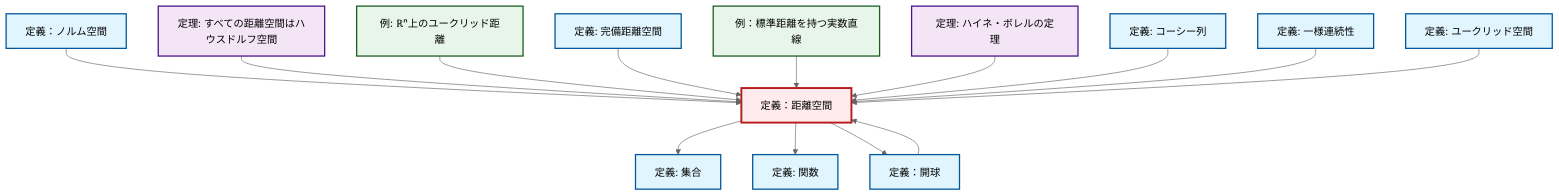
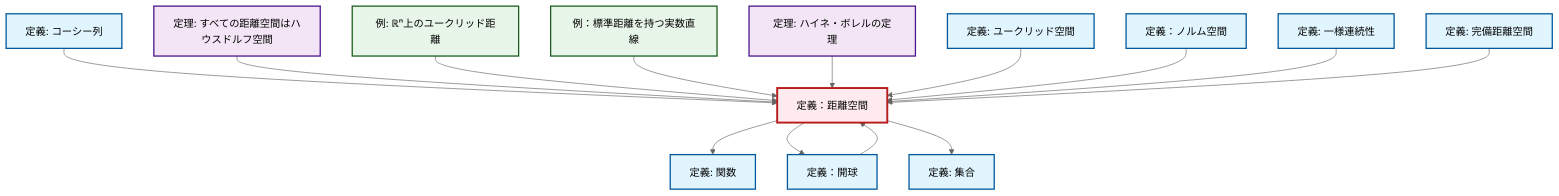
The diagram in content/ja/analysis/def-metric-space.qmd (RK0429/ModernMath), drawn with Mermaid (neutral theme) before and after one commit. The commit also changed 672 other files, not shown here.

````diff
--- a/content/ja/analysis/def-metric-space.qmd
+++ b/content/ja/analysis/def-metric-space.qmd
@@ -54,48 +54,48 @@
 ```{mermaid}
-%%| fig-cap: "Local dependency graph"
+%%| fig-cap: "ローカル依存関係グラフ"
 graph TD
     classDef definition fill:#e1f5fe,stroke:#01579b,stroke-width:2px
     classDef theorem fill:#f3e5f5,stroke:#4a148c,stroke-width:2px
     classDef axiom fill:#fff3e0,stroke:#e65100,stroke-width:2px
     classDef example fill:#e8f5e9,stroke:#1b5e20,stroke-width:2px
     classDef current fill:#ffebee,stroke:#b71c1c,stroke-width:3px
+    def-set["定義: 集合"]:::definition
+    def-cauchy-sequence["定義: コーシー列"]:::definition
+    def-uniform-continuity["定義: 一様連続性"]:::definition
+    ex-real-line-metric["例：標準距離を持つ実数直線"]:::example
+    def-metric-space["定義：距離空間"]:::definition
+    def-open-ball["定義：開球"]:::definition
+    def-function["定義: 関数"]:::definition
     ex-euclidean-metric["例: ℝⁿ上のユークリッド距離"]:::example
-    def-euclidean-space["定義: ユークリッド空間"]:::definition
-    def-set["定義: 集合"]:::definition
-    def-open-ball["定義：開球"]:::definition
-    def-metric-space["定義：距離空間"]:::definition
-    ex-real-line-metric["例：標準距離を持つ実数直線"]:::example
-    def-function["定義: 関数"]:::definition
     thm-metric-hausdorff["定理: すべての距離空間はハウスドルフ空間"]:::theorem
     def-complete-metric-space["定義: 完備距離空間"]:::definition
-    def-uniform-continuity["定義: 一様連続性"]:::definition
     thm-heine-borel["定理: ハイネ・ボレルの定理"]:::theorem
-    def-cauchy-sequence["定義: コーシー列"]:::definition
     def-normed-vector-space["定義：ノルム空間"]:::definition
+    def-euclidean-space["定義: ユークリッド空間"]:::definition
+    def-cauchy-sequence --> def-metric-space
+    def-metric-space --> def-function
+    def-metric-space --> def-open-ball
+    thm-metric-hausdorff --> def-metric-space
+    ex-euclidean-metric --> def-metric-space
+    ex-real-line-metric --> def-metric-space
+    thm-heine-borel --> def-metric-space
+    def-euclidean-space --> def-metric-space
     def-metric-space --> def-set
     def-normed-vector-space --> def-metric-space
-    def-metric-space --> def-function
-    thm-metric-hausdorff --> def-metric-space
-    ex-euclidean-metric --> def-metric-space
     def-open-ball --> def-metric-space
+    def-uniform-continuity --> def-metric-space
     def-complete-metric-space --> def-metric-space
-    ex-real-line-metric --> def-metric-space
-    thm-heine-borel --> def-metric-space
-    def-cauchy-sequence --> def-metric-space
-    def-metric-space --> def-open-ball
-    def-uniform-continuity --> def-metric-space
-    def-euclidean-space --> def-metric-space
     class def-metric-space current
+    click def-set "def-set.html" "集合の定義へ"
+    click def-cauchy-sequence "def-cauchy-sequence.html" "コーシー列の定義へ"
+    click def-uniform-continuity "def-uniform-continuity.html" "一様連続性の定義へ"
+    click ex-real-line-metric "ex-real-line-metric.html" "例：標準距離を持つ実数直線へ"
+    click def-open-ball "def-open-ball.html" "定義：開球へ"
+    click def-function "def-function.html" "関数の定義へ"
     click ex-euclidean-metric "ex-euclidean-metric.html" "ℝⁿ上のユークリッド距離の例へ"
-    click def-euclidean-space "def-euclidean-space.html" "ユークリッド空間の定義へ"
-    click def-set "def-set.html" "集合の定義へ"
-    click def-open-ball "def-open-ball.html" "定義：開球へ"
-    click ex-real-line-metric "ex-real-line-metric.html" "例：標準距離を持つ実数直線へ"
-    click def-function "def-function.html" "関数の定義へ"
     click thm-metric-hausdorff "thm-metric-hausdorff.html" "すべての距離空間はハウスドルフ空間の定理へ"
     click def-complete-metric-space "def-complete-metric-space.html" "完備距離空間の定義へ"
-    click def-uniform-continuity "def-uniform-continuity.html" "一様連続性の定義へ"
     click thm-heine-borel "thm-heine-borel.html" "ハイネ・ボレルの定理の定理へ"
-    click def-cauchy-sequence "def-cauchy-sequence.html" "コーシー列の定義へ"
     click def-normed-vector-space "def-normed-vector-space.html" "定義：ノルム空間へ"
+    click def-euclidean-space "def-euclidean-space.html" "ユークリッド空間の定義へ"
 ```
````
